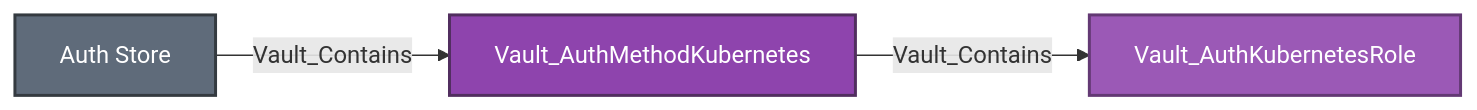
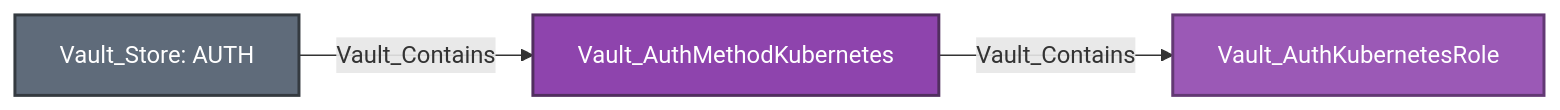
Before and after one commit to bytewreck/opengraph-vault: diagram 15 of 28 in Documentation/stores/AUTH.md, drawn with Mermaid. The commit also changed other lines of this file, not shown here.

````diff
--- a/Documentation/stores/AUTH.md
+++ b/Documentation/stores/AUTH.md
@@ -870,9 +870,9 @@
 ```mermaid
 flowchart LR
-    store[Auth Store]:::storeNode -->|Vault_Contains| method[Vault_AuthMethodKubernetes]:::authMethodNode
+    store[Vault_Store: AUTH]:::storeNode -->|Vault_Contains| method[Vault_AuthMethodKubernetes]:::authMethodNode
     method -->|Vault_Contains| role[Vault_AuthKubernetesRole]:::authRoleNode
 
     classDef storeNode fill:#5F6B7A,color:#fff,stroke:#343A40,stroke-width:2px
     classDef authMethodNode fill:#8E44AD,color:#fff,stroke:#512E5F,stroke-width:2px
     classDef authRoleNode fill:#9B59B6,color:#fff,stroke:#633974,stroke-width:2px
 ```
````
